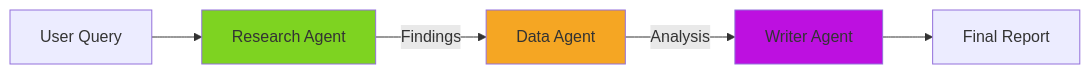
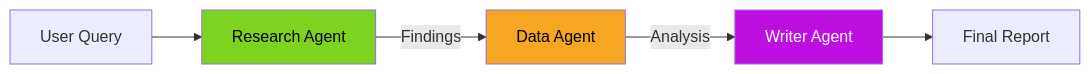
Before and after one commit to EideticPleroma/tutorials: the second of 5 diagrams in lesson-2-multi-agent/tutorial-2/architecture/coordinator-patterns.md, drawn with Mermaid. The commit also changed other lines of this file and 7 other files, not shown here.

First line of the commit message:
docs: implement color contrast standards across all diagrams

````diff
--- a/lesson-2-multi-agent/tutorial-2/architecture/coordinator-patterns.md
+++ b/lesson-2-multi-agent/tutorial-2/architecture/coordinator-patterns.md
@@ -81,11 +81,11 @@
 ```mermaid
 flowchart LR
     Input[User Query] --> R[Research Agent]
     R -->|Findings| D[Data Agent]
     D -->|Analysis| W[Writer Agent]
     W --> Output[Final Report]
     
-    style R fill:#7ED321
-    style D fill:#F5A623
-    style W fill:#BD10E0
+    style R fill:#7ED321,color:#000000
+    style D fill:#F5A623,color:#000000
+    style W fill:#BD10E0,color:#FFFFFF
 ```
````
